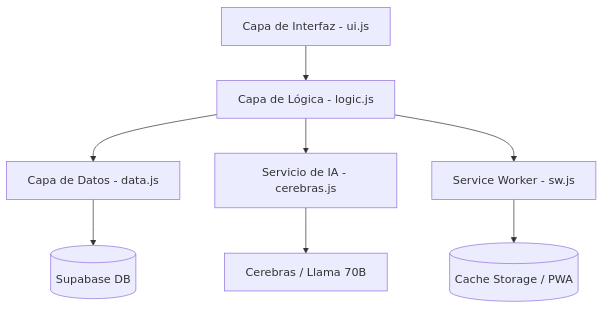
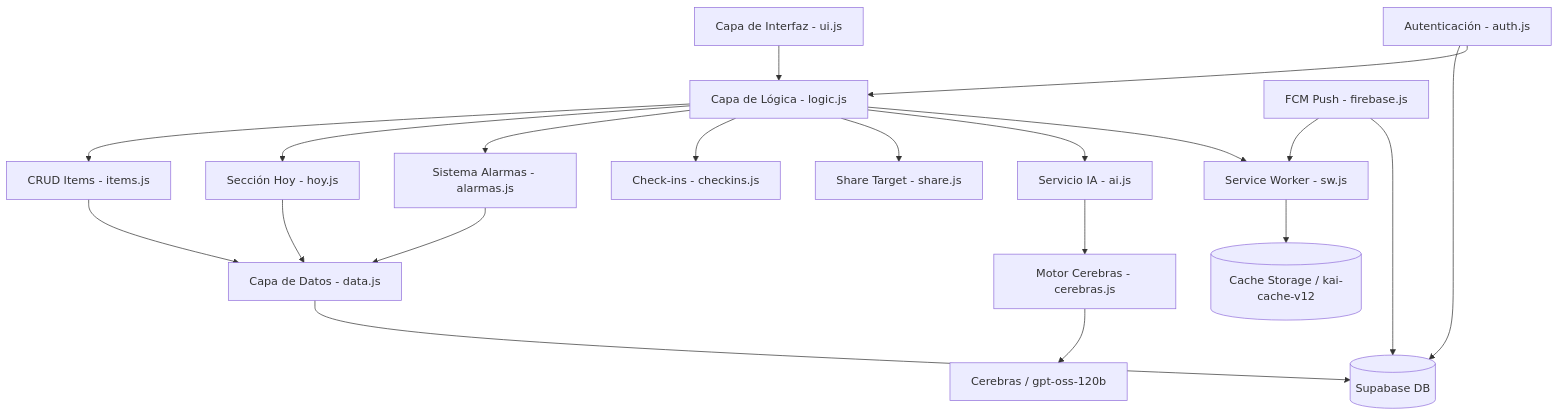
One commit to JosephineMarch/Panel-Maria changed the diagram in docs/architecture.md. Above: the diagram before and after it, drawn with Mermaid. The commit also changed other lines of this file and 6 other files, not shown here.

````diff
--- a/docs/architecture.md
+++ b/docs/architecture.md
@@ -9,10 +9,22 @@
 ```mermaid
 graph TD
     UI[Capa de Interfaz - ui.js] --> Logic[Capa de Lógica - logic.js]
-    Logic --> Data[Capa de Datos - data.js]
-    Logic --> AI[Servicio de IA - cerebras.js]
+    Logic --> Items[CRUD Items - items.js]
+    Logic --> Hoy[Sección Hoy - hoy.js]
+    Logic --> Alarms[Sistema Alarmas - alarmas.js]
+    Logic --> Checkins[Check-ins - checkins.js]
+    Logic --> Share[Share Target - share.js]
+    Logic --> AI[Servicio IA - ai.js]
+    AI --> Cerebras[Motor Cerebras - cerebras.js]
+    Items --> Data[Capa de Datos - data.js]
+    Hoy --> Data
+    Alarms --> Data
     Data --> Supabase[(Supabase DB)]
-    AI --> CerebrasAPI[Cerebras / Llama 70B]
+    Cerebras --> CerebrasAPI[Cerebras / gpt-oss-120b]
     Logic --> SW[Service Worker - sw.js]
-    SW --> Cache[(Cache Storage / PWA)]
+    SW --> Cache[(Cache Storage / kai-cache-v12)]
+    FCM[FCM Push - firebase.js] --> SW
+    FCM --> Supabase
+    Auth[Autenticación - auth.js] --> Supabase
+    Auth --> Logic
 ```
````
